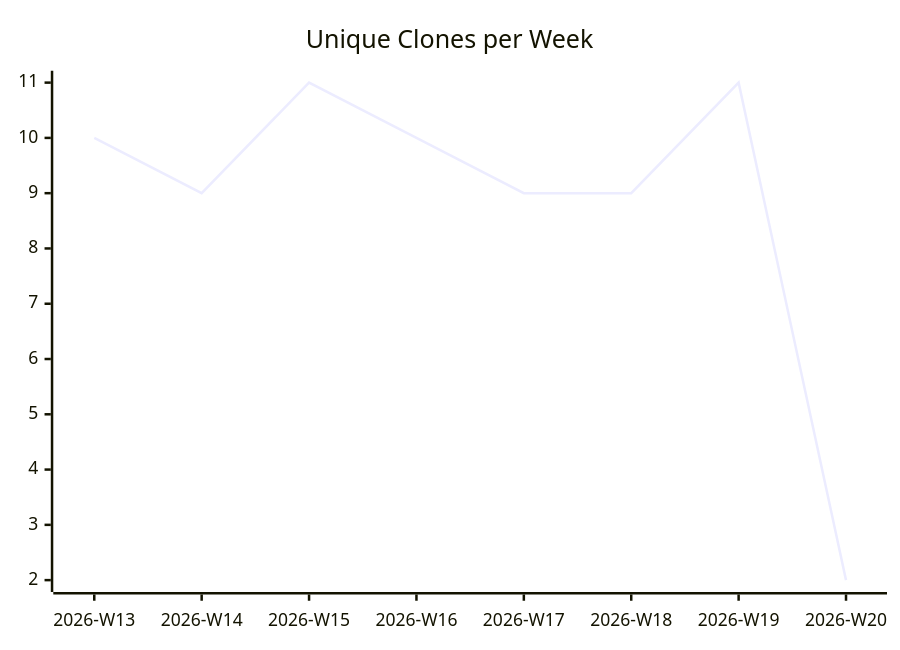
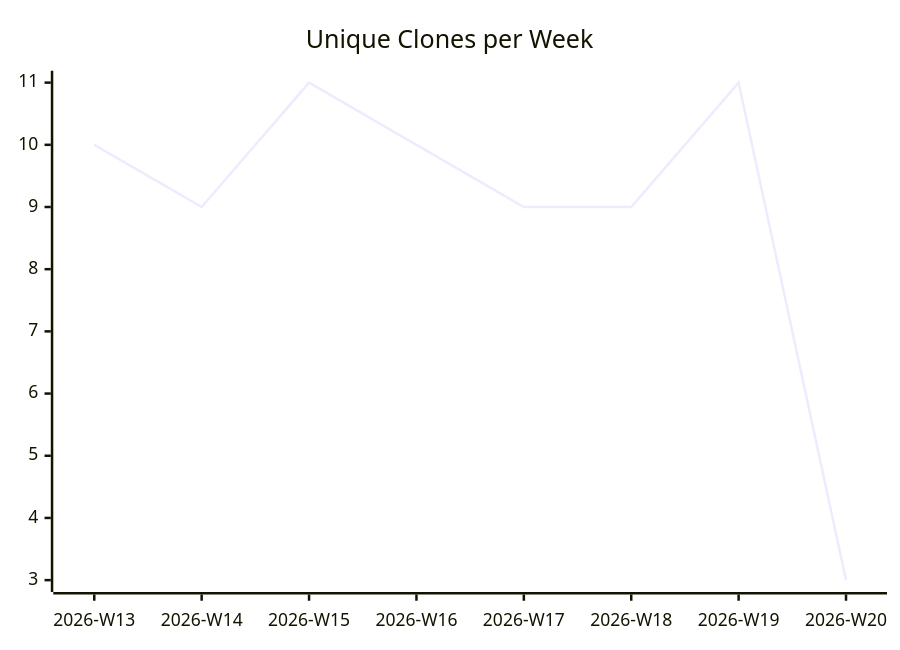
Before and after one commit to justdavis-family/github-analytics-data: the third of 3 diagrams in karlmdavis/usgs-water-api-java/README.md, drawn with Mermaid. The commit also changed other lines of this file and 190 other files, not shown here.

````diff
--- a/karlmdavis/usgs-water-api-java/README.md
+++ b/karlmdavis/usgs-water-api-java/README.md
@@ -19,6 +19,6 @@
 ```mermaid
 xychart-beta
   title "Unique Clones per Week"
   x-axis ["2026-W13", "2026-W14", "2026-W15", "2026-W16", "2026-W17", "2026-W18", "2026-W19", "2026-W20"]
-  line [10, 9, 11, 10, 9, 9, 11, 2]
+  line [10, 9, 11, 10, 9, 9, 11, 3]
 ```
````
